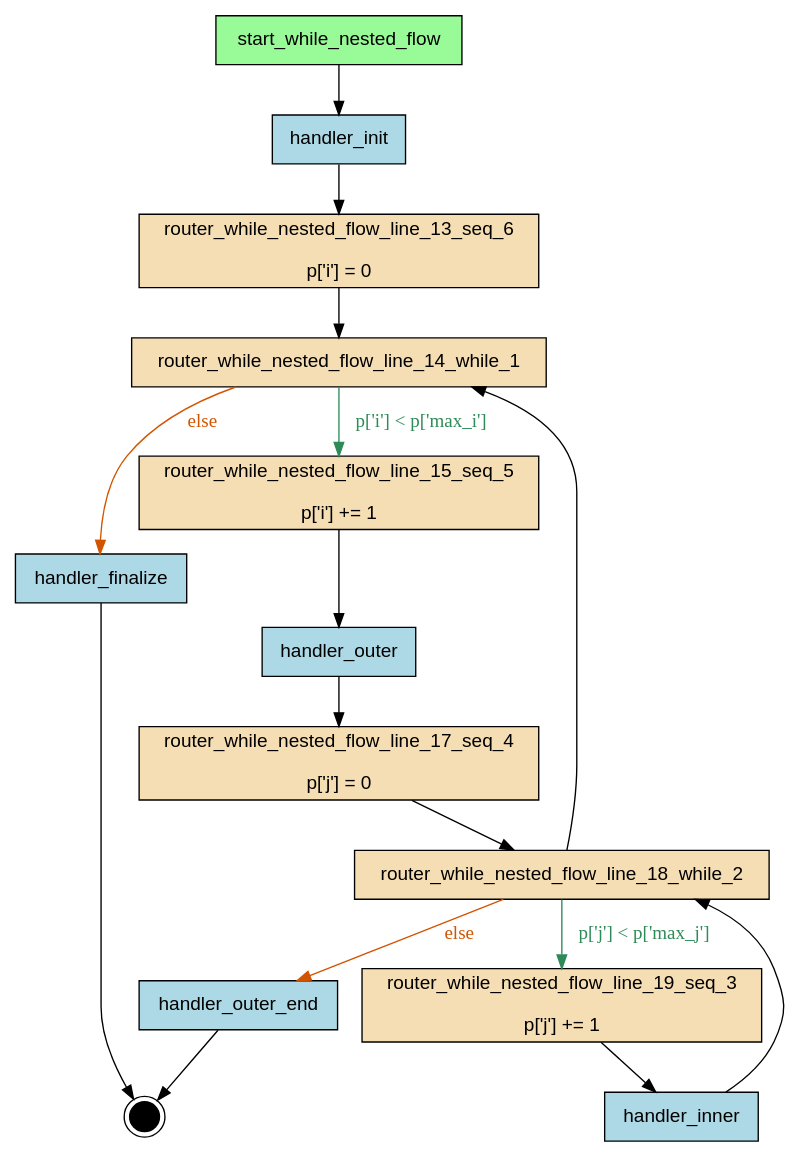
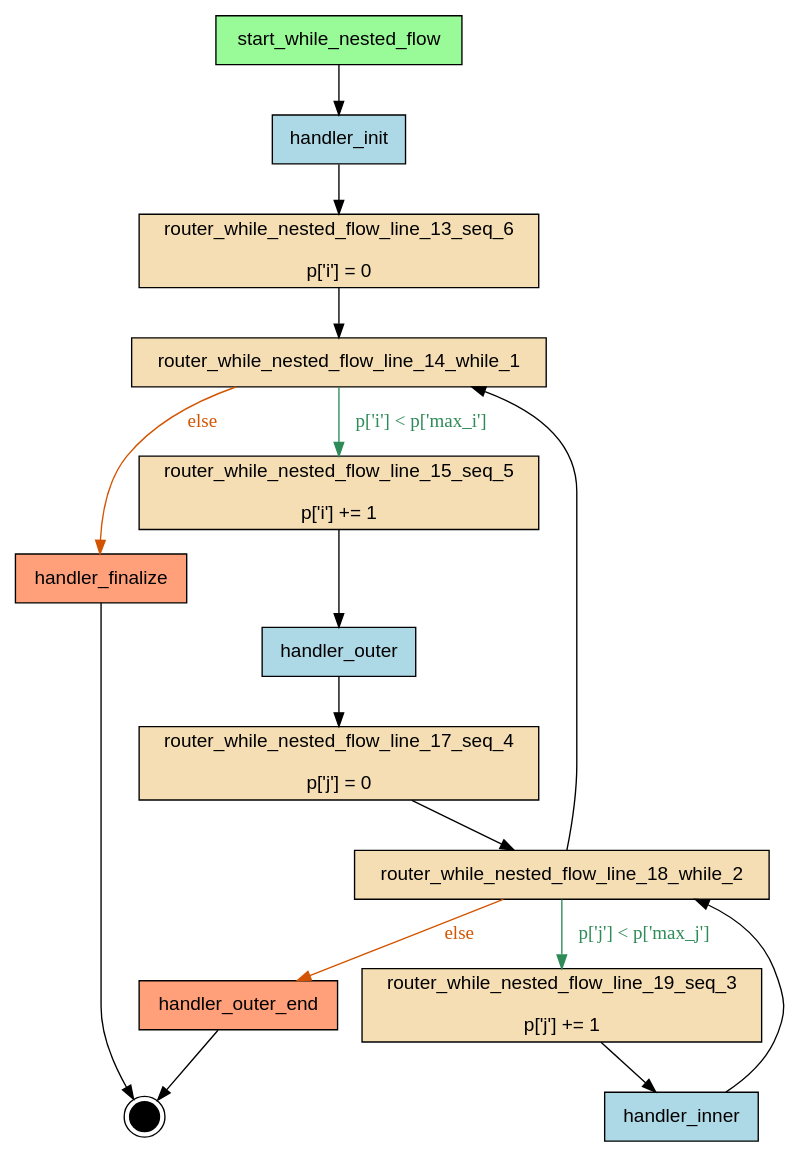
Before and after one commit to deliveryhero/asya: the diagram in examples/flows/compiled/while_nested/flow.dot, drawn with Graphviz. The commit also changed 263 other files, not shown here.

Commit message:
refactor(compiler): rename flow_role->role, is_generated->generated; add two-label manifest system (asya.sh/role + asya.sh/generated)

```diff
--- a/examples/flows/compiled/while_nested/flow.dot
+++ b/examples/flows/compiled/while_nested/flow.dot
@@ -1,37 +1,37 @@
 digraph "while_nested_flow" {
     rankdir=TB;
     node [shape=box, style=filled, fontname="Helvetica"];
 
     { rank=source; start_while_nested_flow; }
 
-    handler_finalize [label="handler_finalize", fillcolor=lightblue];
+    handler_finalize [label="handler_finalize", fillcolor=lightsalmon];
     handler_init [label="handler_init", fillcolor=lightblue];
     handler_inner [label="handler_inner", fillcolor=lightblue];
     handler_outer [label="handler_outer", fillcolor=lightblue];
-    handler_outer_end [label="handler_outer_end", fillcolor=lightblue];
+    handler_outer_end [label="handler_outer_end", fillcolor=lightsalmon];
     router_while_nested_flow_line_13_seq_6 [label="router_while_nested_flow_line_13_seq_6\n\np['i'] = 0", fillcolor=wheat];
     router_while_nested_flow_line_14_while_1 [label="router_while_nested_flow_line_14_while_1", fillcolor=wheat];
     router_while_nested_flow_line_15_seq_5 [label="router_while_nested_flow_line_15_seq_5\n\np['i'] += 1", fillcolor=wheat];
     router_while_nested_flow_line_17_seq_4 [label="router_while_nested_flow_line_17_seq_4\n\np['j'] = 0", fillcolor=wheat];
     router_while_nested_flow_line_18_while_2 [label="router_while_nested_flow_line_18_while_2", fillcolor=wheat];
     router_while_nested_flow_line_19_seq_3 [label="router_while_nested_flow_line_19_seq_3\n\np['j'] += 1", fillcolor=wheat];
     start_while_nested_flow [label="start_while_nested_flow", fillcolor=palegreen];
 
     __end__ [label="", shape=doublecircle, fillcolor=black, width=0.3, fixedsize=true];
 
     start_while_nested_flow -> handler_init;
     handler_init -> router_while_nested_flow_line_13_seq_6;
     router_while_nested_flow_line_19_seq_3 -> handler_inner;
     router_while_nested_flow_line_18_while_2 -> router_while_nested_flow_line_19_seq_3 [label="p['j'] < p['max_j']", color="#2E8B57", fontcolor="#2E8B57"];
     router_while_nested_flow_line_18_while_2 -> handler_outer_end [label="else", color="#D35400", fontcolor="#D35400"];
     router_while_nested_flow_line_17_seq_4 -> router_while_nested_flow_line_18_while_2;
     router_while_nested_flow_line_15_seq_5 -> handler_outer;
     handler_outer -> router_while_nested_flow_line_17_seq_4;
     router_while_nested_flow_line_14_while_1 -> router_while_nested_flow_line_15_seq_5 [label="p['i'] < p['max_i']", color="#2E8B57", fontcolor="#2E8B57"];
     router_while_nested_flow_line_14_while_1 -> handler_finalize [label="else", color="#D35400", fontcolor="#D35400"];
     router_while_nested_flow_line_13_seq_6 -> router_while_nested_flow_line_14_while_1;
     handler_inner -> router_while_nested_flow_line_18_while_2;
     router_while_nested_flow_line_18_while_2 -> router_while_nested_flow_line_14_while_1;
     handler_finalize -> __end__;
     handler_outer_end -> __end__;
 }
```
